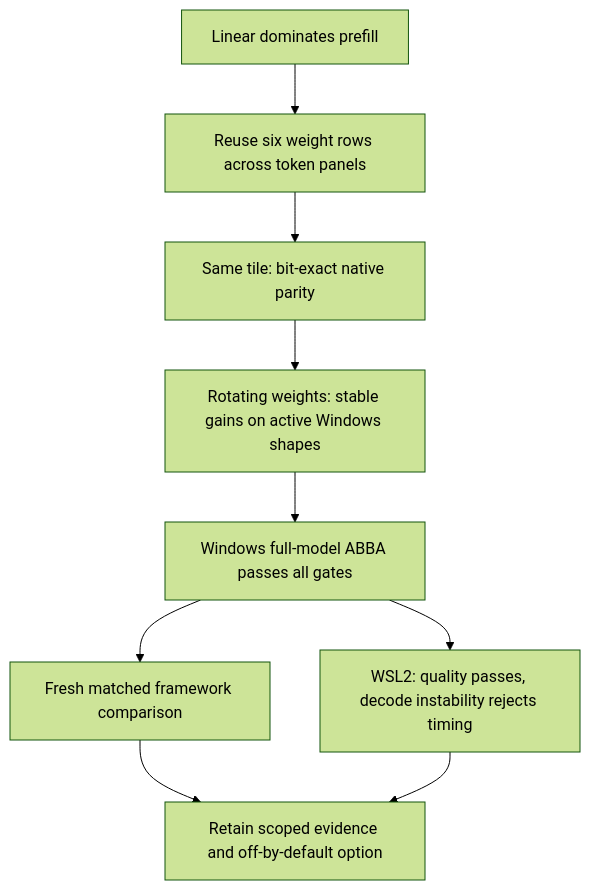
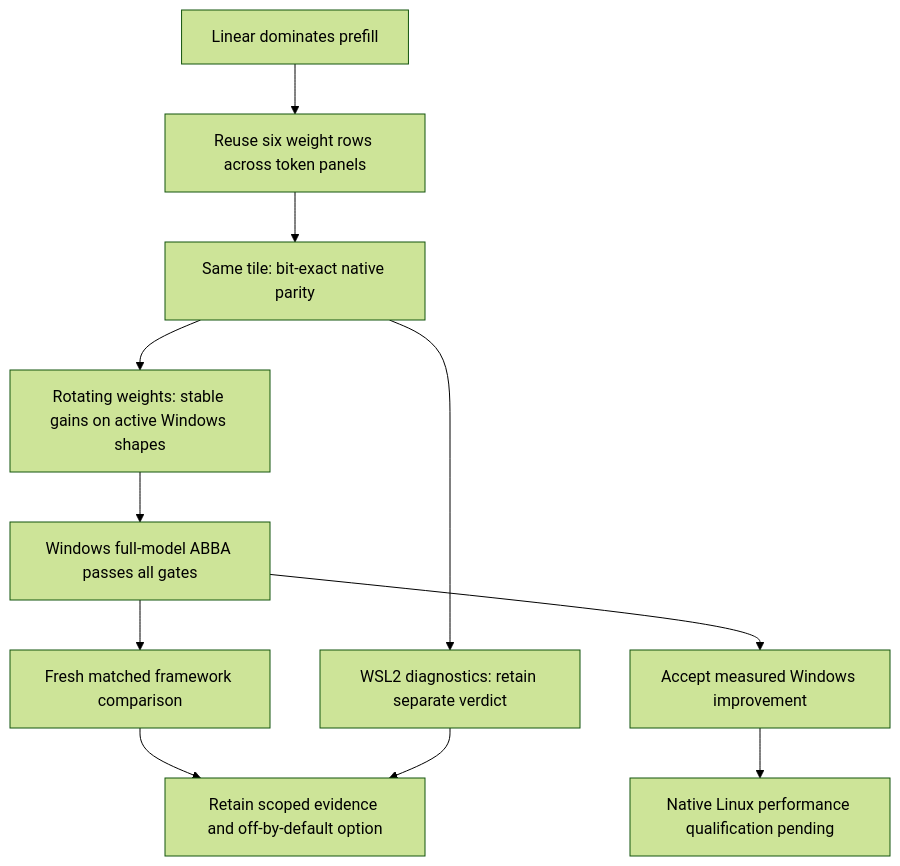
The diagram in docs/linear-row-reuse.md (Nbit-51/Leaf), drawn with Mermaid (forest theme) before and after one commit. The commit also changed other lines of this file and 1 other file, not shown here.

Commit message:
Document Windows-first performance acceptance policy

````diff
--- a/docs/linear-row-reuse.md
+++ b/docs/linear-row-reuse.md
@@ -148,11 +169,13 @@
 ```mermaid
 flowchart TD
     P[Linear dominates prefill] --> C[Reuse six weight rows across token panels]
     C --> Q[Same tile: bit-exact native parity]
     Q --> S[Rotating weights: stable gains on active Windows shapes]
     S --> W[Windows full-model ABBA passes all gates]
     W --> F[Fresh matched framework comparison]
-    W --> L[WSL2: quality passes, decode instability rejects timing]
+    W --> A[Accept measured Windows improvement]
+    Q --> L[WSL2 diagnostics: retain separate verdict]
+    A --> N[Native Linux performance qualification pending]
     F --> E[Retain scoped evidence and off-by-default option]
     L --> E
 ```
````
